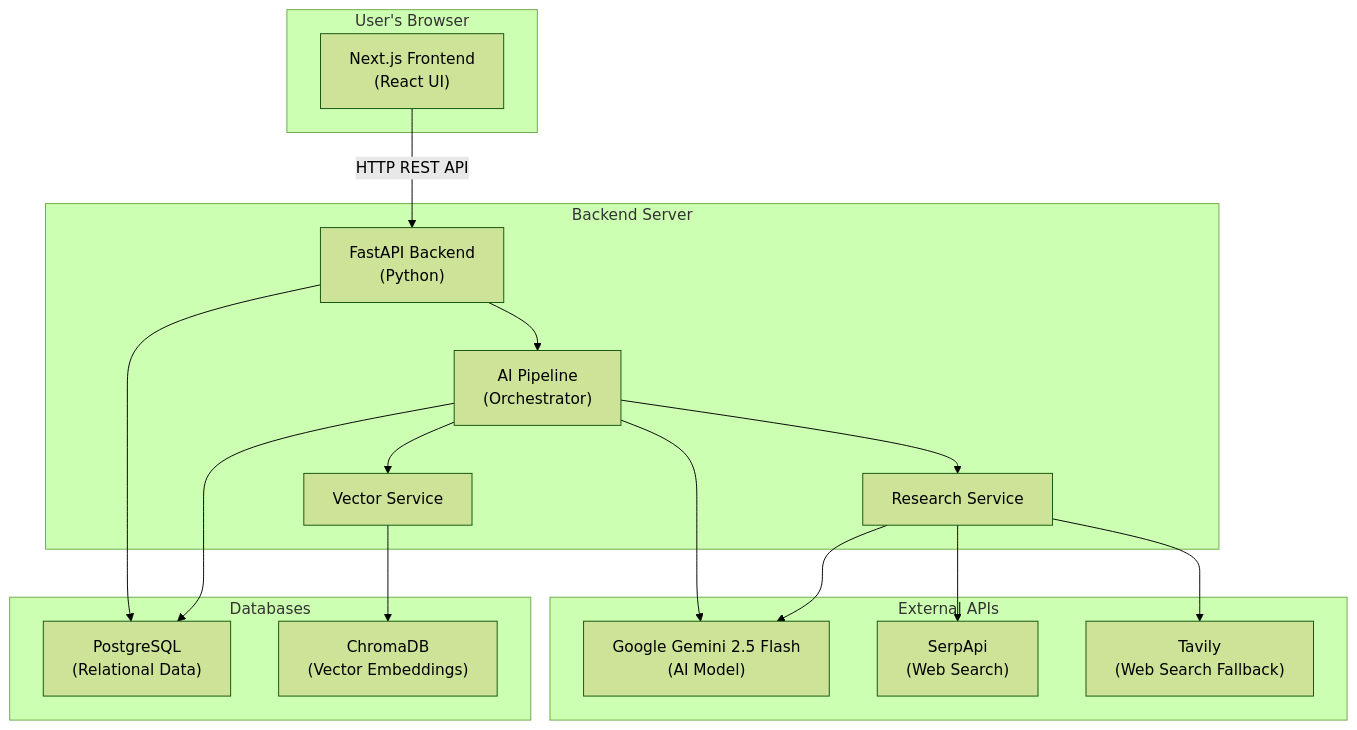
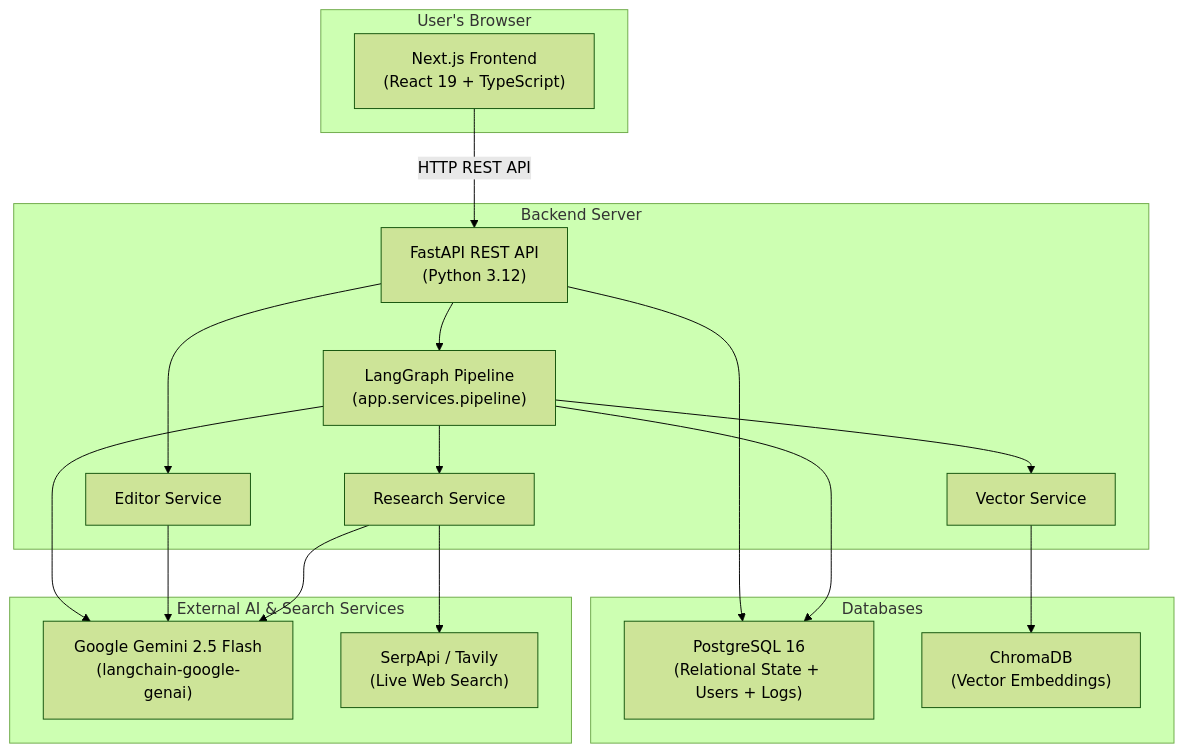
Before and after one commit to xShikhar/PostCraft-AI: the first of 5 diagrams in PostCraft_AI_Complete_Documentation.md, drawn with Mermaid (forest theme). The commit also changed other lines of this file and 48 other files, not shown here.

Commit message:
feat: complete LangGraph migration, app/core architecture, profile context, and mastery guide

````diff
--- a/PostCraft_AI_Complete_Documentation.md
+++ b/PostCraft_AI_Complete_Documentation.md
@@ -59,36 +60,37 @@
 ```mermaid
 graph TB
     subgraph "User's Browser"
-        FE["Next.js Frontend<br/>(React UI)"]
+        FE["Next.js Frontend<br/>(React 19 + TypeScript)"]
     end
 
     subgraph "Backend Server"
-        API["FastAPI Backend<br/>(Python)"]
-        PIPE["AI Pipeline<br/>(Orchestrator)"]
+        API["FastAPI REST API<br/>(Python 3.12)"]
+        PIPE["LangGraph Pipeline<br/>(app.services.pipeline)"]
         RS["Research Service"]
         VS["Vector Service"]
+        ED["Editor Service"]
     end
 
     subgraph "Databases"
-        PG["PostgreSQL<br/>(Relational Data)"]
+        PG["PostgreSQL 16<br/>(Relational State + Users + Logs)"]
         CR["ChromaDB<br/>(Vector Embeddings)"]
     end
 
-    subgraph "External APIs"
-        GEM["Google Gemini 2.5 Flash<br/>(AI Model)"]
-        SERP["SerpApi<br/>(Web Search)"]
-        TAV["Tavily<br/>(Web Search Fallback)"]
+    subgraph "External AI & Search Services"
+        GEM["Google Gemini 2.5 Flash<br/>(langchain-google-genai)"]
+        SERP["SerpApi / Tavily<br/>(Live Web Search)"]
     end
 
     FE -->|"HTTP REST API"| API
     API --> PIPE
+    API --> ED
     PIPE --> RS
     PIPE --> VS
     PIPE --> GEM
+    ED --> GEM
     RS --> SERP
-    RS --> TAV
     RS --> GEM
     VS --> CR
     API --> PG
     PIPE --> PG
 ```
````
